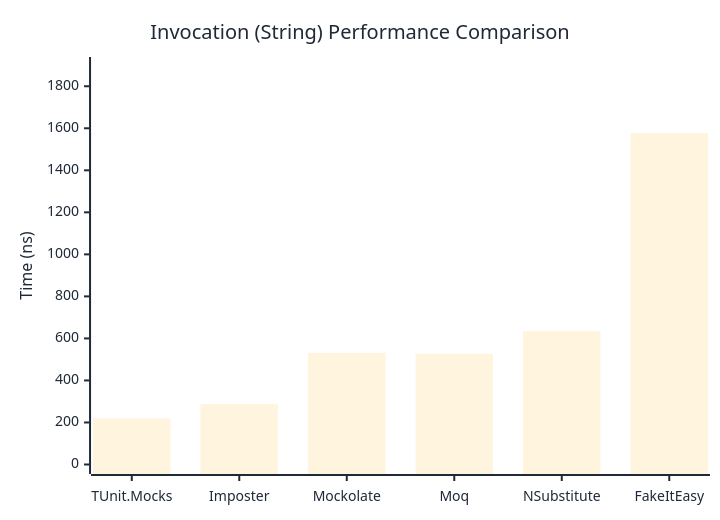
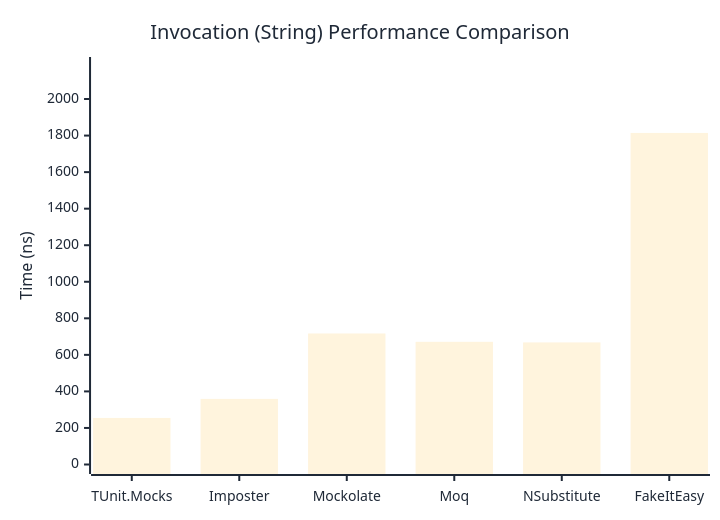
The second of 3 diagrams in docs/docs/benchmarks/mocks/Invocation.md (thomhurst/TUnit), drawn with Mermaid before and after one commit. The commit also changed other lines of this file and 14 other files, not shown here.

````diff
--- a/docs/docs/benchmarks/mocks/Invocation.md
+++ b/docs/docs/benchmarks/mocks/Invocation.md
@@ -69,27 +69,27 @@
 ```mermaid
 %%{init: {
   'theme':'base',
   'themeVariables': {
     'primaryColor': '#2563eb',
     'primaryTextColor': '#1f2937',
     'primaryBorderColor': '#1e40af',
     'lineColor': '#6b7280',
     'secondaryColor': '#7c3aed',
     'tertiaryColor': '#dc2626',
     'background': '#ffffff',
     'pie1': '#2563eb',
     'pie2': '#7c3aed',
     'pie3': '#dc2626',
     'pie4': '#f59e0b',
     'pie5': '#10b981',
     'pie6': '#06b6d4',
     'pie7': '#ec4899',
     'pie8': '#6366f1'
   }
 }}%%
 xychart-beta
   title "Invocation (String) Performance Comparison"
   x-axis ["TUnit.Mocks", "Imposter", "Mockolate", "Moq", "NSubstitute", "FakeItEasy"]
-  y-axis "Time (ns)" 0 --> 1894
-  bar [219.6, 289, 531.5, 527.2, 634.5, 1577.7]
+  y-axis "Time (ns)" 0 --> 2178
+  bar [254.9, 358.9, 717, 671.4, 668.1, 1814.5]
 ```
````
